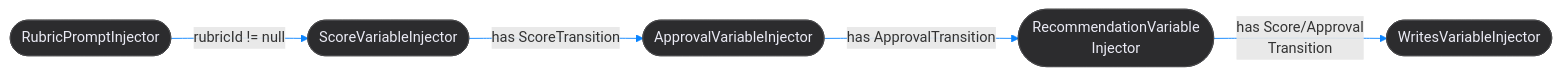
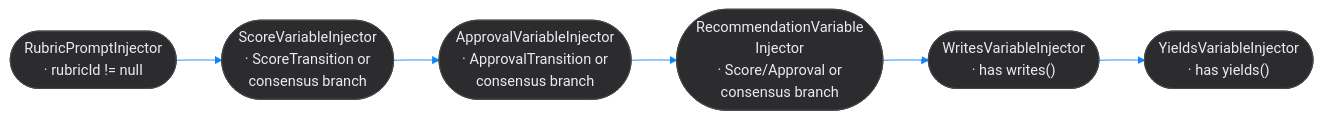
Before and after one commit to hensu-project/hensu: the second of 3 diagrams in docs/developer-guide-core.md, drawn with Mermaid. The commit also changed other lines of this file and 59 other files, not shown here.

First line of the commit message:
feat(core): parallel branch yields with consensus-aware merge (#60)

````diff
--- a/docs/developer-guide-core.md
+++ b/docs/developer-guide-core.md
@@ -720,15 +752,17 @@
 ```mermaid
 flowchart LR
-    r(["RubricPromptInjector"]) -->|"rubricId != null"| s(["ScoreVariableInjector"])
-    s -->|"has ScoreTransition"| a(["ApprovalVariableInjector"])
-    a -->|"has ApprovalTransition"| rec(["RecommendationVariable\nInjector"])
-    rec -->|"has Score/Approval\nTransition"| w(["WritesVariableInjector"])
+    r(["RubricPromptInjector\n· rubricId != null"]) --> s(["ScoreVariableInjector\n· ScoreTransition or\nconsensus branch"])
+    s --> a(["ApprovalVariableInjector\n· ApprovalTransition or\nconsensus branch"])
+    a --> rec(["RecommendationVariable\nInjector\n· Score/Approval or\nconsensus branch"])
+    rec --> w(["WritesVariableInjector\n· has writes()"])
+    w --> y(["YieldsVariableInjector\n· has yields()"])
 
     style r fill:#2c2c2e, stroke:#48484a, color:#ebebf5, stroke-width:1px
     style s fill:#2c2c2e, stroke:#48484a, color:#ebebf5, stroke-width:1px
     style a fill:#2c2c2e, stroke:#48484a, color:#ebebf5, stroke-width:1px
     style rec fill:#2c2c2e, stroke:#48484a, color:#ebebf5, stroke-width:1px
     style w fill:#2c2c2e, stroke:#48484a, color:#ebebf5, stroke-width:1px
+    style y fill:#2c2c2e, stroke:#48484a, color:#ebebf5, stroke-width:1px
 
     linkStyle default stroke:#0A84FF, stroke-width:1px
 ```
````
